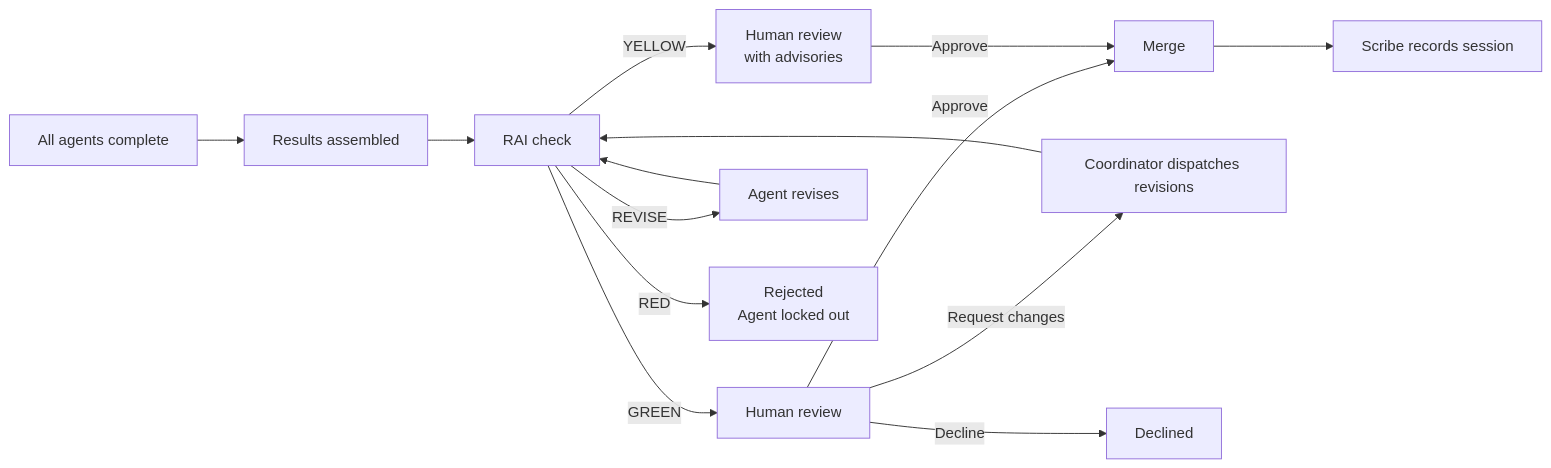
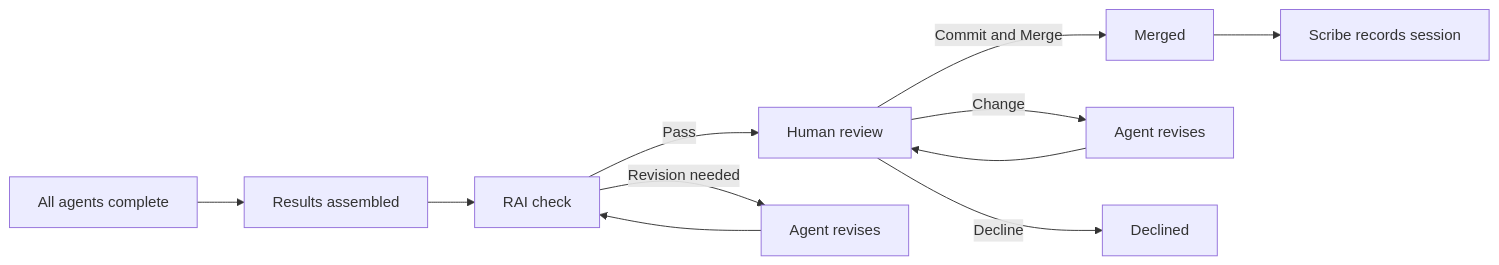
The diagram in docs/guide/review.md (sabbour/agentweaver), drawn with Mermaid before and after one commit. The commit also changed other lines of this file and 3 other files, not shown here.

````diff
--- a/docs/guide/review.md
+++ b/docs/guide/review.md
@@ -11,16 +11,13 @@
 ```mermaid
 flowchart LR
     A[All agents complete] --> B[Results assembled]
     B --> C[RAI check]
-    C -- GREEN --> D[Human review]
-    C -- YELLOW --> D2[Human review\nwith advisories]
-    C -- REVISE --> E[Agent revises]
+    C -- Pass --> D[Human review]
+    C -- Revision needed --> E[Agent revises]
     E --> C
-    C -- RED --> F[Rejected\nAgent locked out]
-    D -- Approve --> G[Merge]
-    D2 -- Approve --> G
-    D -- Request changes --> H[Coordinator dispatches revisions]
-    H --> C
+    D -- Commit and Merge --> G[Merged]
+    D -- Change --> H[Agent revises]
+    H --> D
     D -- Decline --> I[Declined]
     G --> J[Scribe records session]
 ```
````
